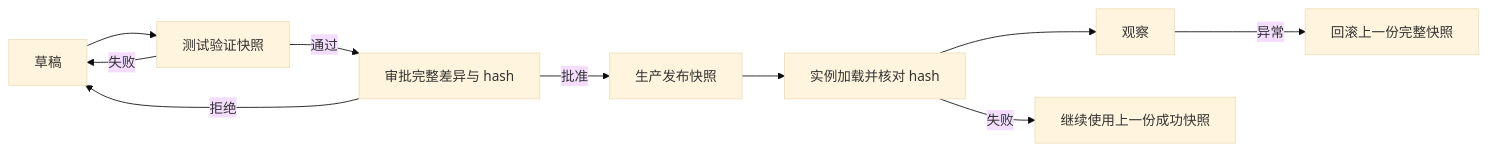
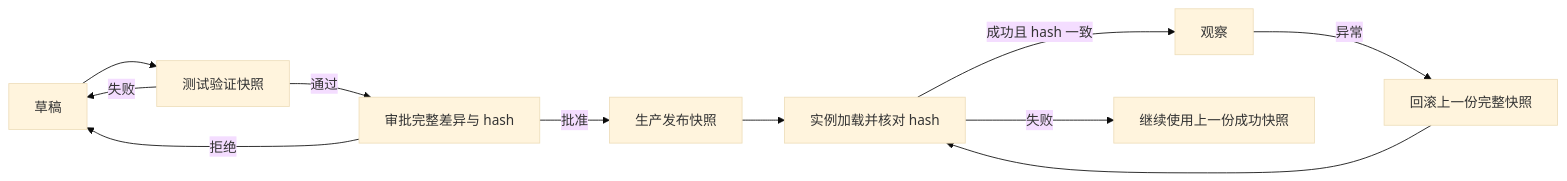
Before and after one commit to HaloXie/HaloXie.github.io: the diagram in _posts/zh-CN/2026-10-04-promptweave-release-snapshots.md, drawn with Mermaid (base theme). The commit also changed other lines of this file and 164 other files, not shown here.

````diff
--- a/_posts/zh-CN/2026-10-04-promptweave-release-snapshots.md
+++ b/_posts/zh-CN/2026-10-04-promptweave-release-snapshots.md
@@ -77,12 +75,13 @@
 ```mermaid
 flowchart LR
   D[草稿] --> T[测试验证快照]
   T -->|通过| A[审批完整差异与 hash]
   T -->|失败| D
   A -->|批准| P[生产发布快照]
   A -->|拒绝| D
   P --> L[实例加载并核对 hash]
-  L --> O[观察]
+  L -->|成功且 hash 一致| O[观察]
   L -->|失败| H[继续使用上一份成功快照]
   O -->|异常| R[回滚上一份完整快照]
+  R --> L
 ```
````
